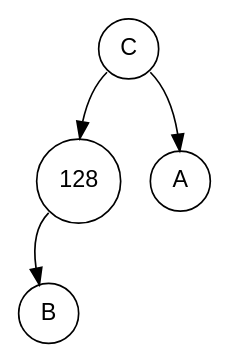
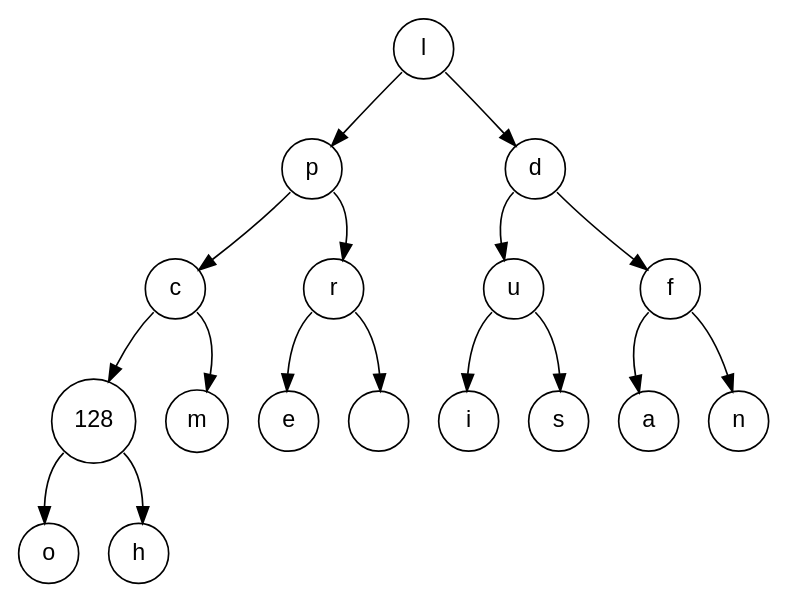
Before and after one commit to Procuste34/codage_huffman_c: the diagram in fichiers_viz/minimier_etape_1.dot, drawn with Graphviz. The commit also changed 22 other files, not shown here.

```diff
--- a/fichiers_viz/minimier_etape_1.dot
+++ b/fichiers_viz/minimier_etape_1.dot
@@ -1,10 +1,36 @@
 digraph POT_test {
 node [fontname="Arial", shape="circle", width=0.5];
-67 [label = "C"]
-67:sw -> 128
-67:se -> 65
+108 [label = "l"]
+108:sw -> 112
+108:se -> 100
+112 [label = "p"]
+112:sw -> 99
+112:se -> 114
+99 [label = "c"]
+99:sw -> 128
+99:se -> 109
 128 [label = "128"]
-128:sw -> 66
-66 [label = "B"]
-65 [label = "A"]
+128:sw -> 111
+128:se -> 104
+111 [label = "o"]
+104 [label = "h"]
+109 [label = "m"]
+114 [label = "r"]
+114:sw -> 101
+114:se -> 32
+101 [label = "e"]
+32 [label = " "]
+100 [label = "d"]
+100:sw -> 117
+100:se -> 102
+117 [label = "u"]
+117:sw -> 105
+117:se -> 115
+105 [label = "i"]
+115 [label = "s"]
+102 [label = "f"]
+102:sw -> 97
+102:se -> 110
+97 [label = "a"]
+110 [label = "n"]
 }
```
